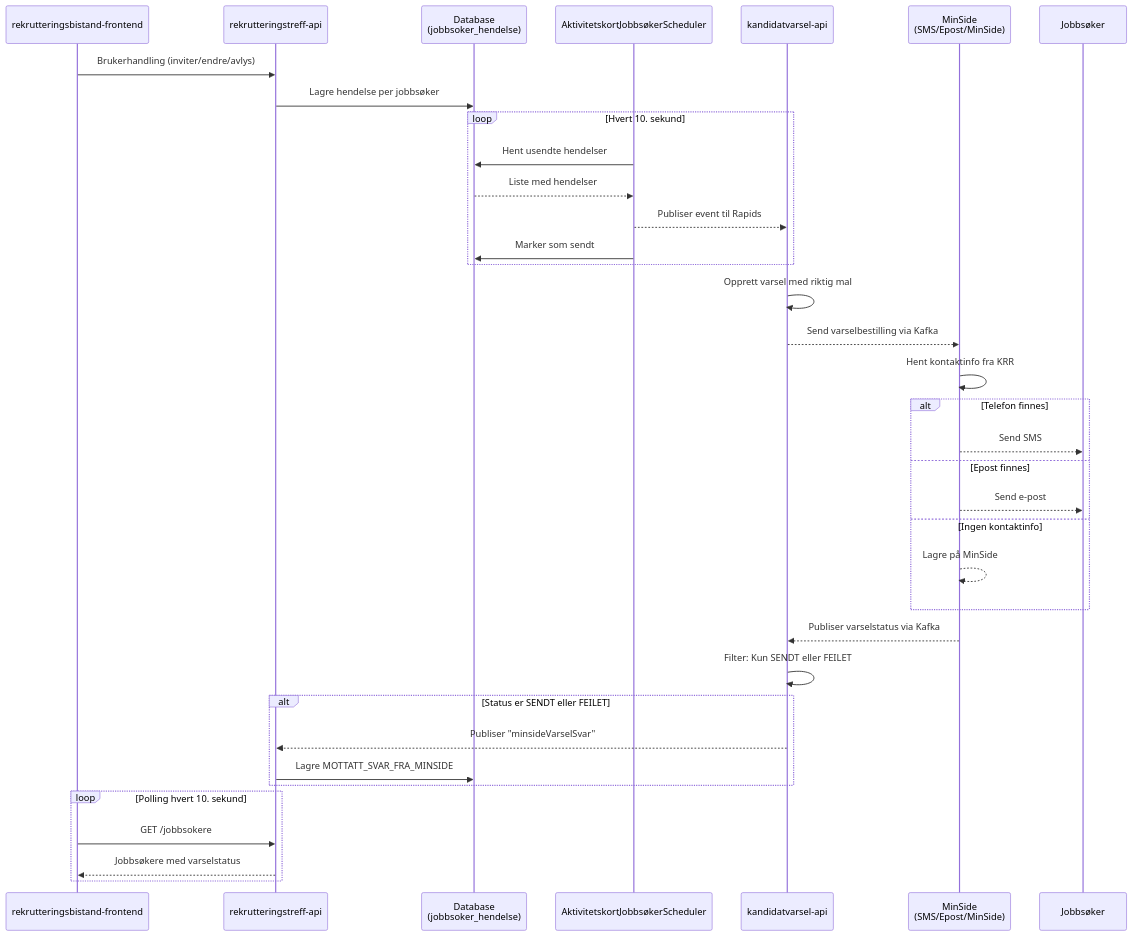
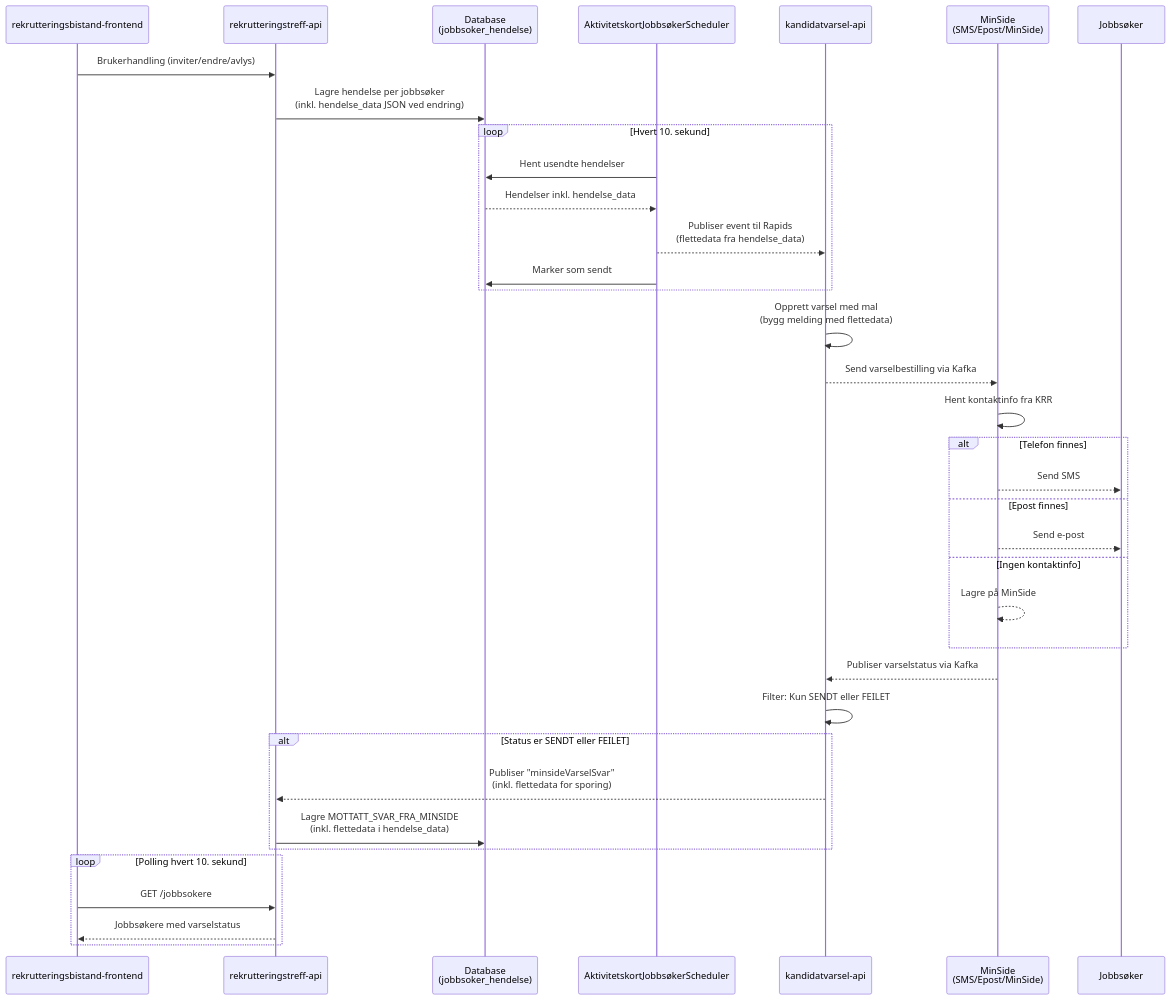
Before and after one commit to navikt/rekrutteringstreff-backend: the diagram in docs/4-integrasjoner/varsling.md, drawn with Mermaid. The commit also changed other lines of this file, not shown here.

Commit message:
Oppdater varslingsdokument

````diff
--- a/docs/4-integrasjoner/varsling.md
+++ b/docs/4-integrasjoner/varsling.md
@@ -19,44 +19,44 @@
 ```mermaid
 sequenceDiagram
     participant FE as rekrutteringsbistand-frontend
     participant API as rekrutteringstreff-api
     participant DB as Database<br/>(jobbsoker_hendelse)
     participant Scheduler as AktivitetskortJobbsøkerScheduler
     participant KV as kandidatvarsel-api
     participant MS as MinSide<br/>(SMS/Epost/MinSide)
 
     FE->>API: Brukerhandling (inviter/endre/avlys)
-    API->>DB: Lagre hendelse per jobbsøker
+    API->>DB: Lagre hendelse per jobbsøker<br/>(inkl. hendelse_data JSON ved endring)
 
     loop Hvert 10. sekund
         Scheduler->>DB: Hent usendte hendelser
-        DB-->>Scheduler: Liste med hendelser
-        Scheduler-->>KV: Publiser event til Rapids
+        DB-->>Scheduler: Hendelser inkl. hendelse_data
+        Scheduler-->>KV: Publiser event til Rapids<br/>(flettedata fra hendelse_data)
         Scheduler->>DB: Marker som sendt
     end
 
-    KV->>KV: Opprett varsel med riktig mal
+    KV->>KV: Opprett varsel med mal<br/>(bygg melding med flettedata)
     KV-->>MS: Send varselbestilling via Kafka
 
     MS->>MS: Hent kontaktinfo fra KRR
     alt Telefon finnes
         MS-->>Jobbsøker: Send SMS
     else Epost finnes
         MS-->>Jobbsøker: Send e-post
     else Ingen kontaktinfo
         MS-->>MS: Lagre på MinSide
     end
 
     MS-->>KV: Publiser varselstatus via Kafka
     KV->>KV: Filter: Kun SENDT eller FEILET
 
     alt Status er SENDT eller FEILET
-        KV-->>API: Publiser "minsideVarselSvar"
-        API->>DB: Lagre MOTTATT_SVAR_FRA_MINSIDE
+        KV-->>API: Publiser "minsideVarselSvar"<br/>(inkl. flettedata for sporing)
+        API->>DB: Lagre MOTTATT_SVAR_FRA_MINSIDE<br/>(inkl. flettedata i hendelse_data)
     end
 
     loop Polling hvert 10. sekund
         FE->>API: GET /jobbsokere
         API-->>FE: Jobbsøkere med varselstatus
     end
 ```
````
